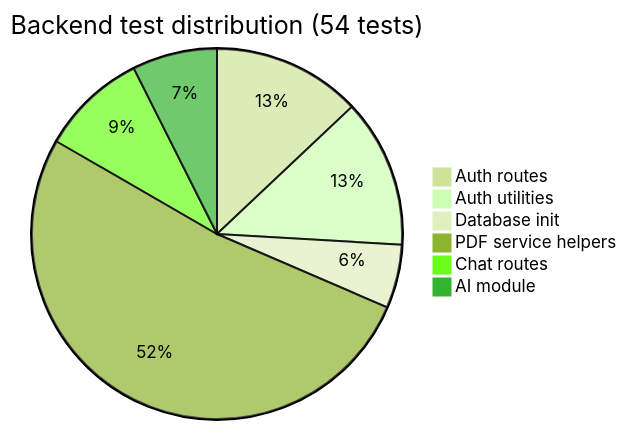
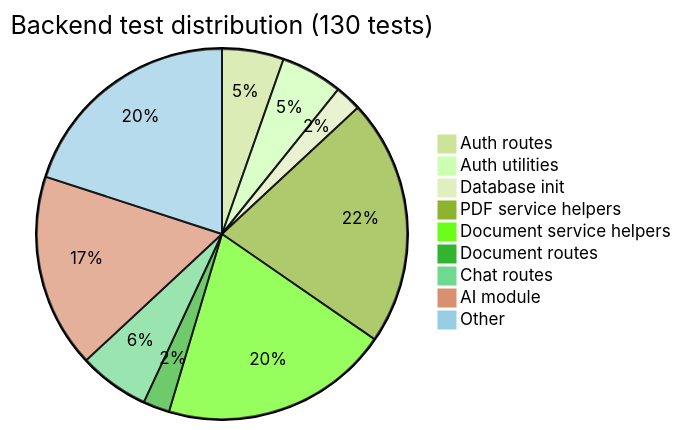
Before and after one commit to shaynemeyer/prelegal: the first of 6 diagrams in docs/test-coverage-report.md, drawn with Mermaid (forest theme). The commit also changed other lines of this file, not shown here.

First line of the commit message:
docs: update README and test coverage report for PL-6

````diff
--- a/docs/test-coverage-report.md
+++ b/docs/test-coverage-report.md
@@ -43,9 +45,12 @@
 ```mermaid
-pie title Backend test distribution (54 tests)
+pie title Backend test distribution (130 tests)
     "Auth routes" : 7
     "Auth utilities" : 7
     "Database init" : 3
     "PDF service helpers" : 28
-    "Chat routes" : 5
-    "AI module" : 4
+    "Document service helpers" : 26
+    "Document routes" : 3
+    "Chat routes" : 8
+    "AI module" : 22
+    "Other" : 26
 ```
````
